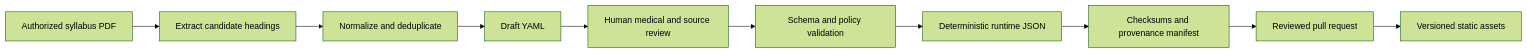
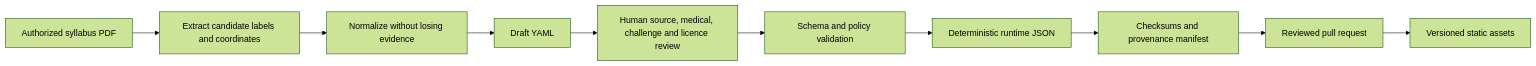
The third of 3 diagrams in docs/L2_CONTAINER_ARCHITECTURE.md (utkarsh-senpai/MediPrompt), drawn with Mermaid (forest theme) before and after one commit. The commit also changed other lines of this file and 9 other files, not shown here.

````diff
--- a/docs/L2_CONTAINER_ARCHITECTURE.md
+++ b/docs/L2_CONTAINER_ARCHITECTURE.md
@@ -133,12 +133,12 @@
 ```mermaid
 flowchart LR
-    PDF[Authorized syllabus PDF] --> Extract[Extract candidate headings]
-    Extract --> Normalize[Normalize and deduplicate]
+    PDF[Authorized syllabus PDF] --> Extract[Extract candidate labels and coordinates]
+    Extract --> Normalize[Normalize without losing evidence]
     Normalize --> Draft[Draft YAML]
-    Draft --> Review[Human medical and source review]
+    Draft --> Review[Human source, medical, challenge and licence review]
     Review --> Validate[Schema and policy validation]
     Validate --> Compile[Deterministic runtime JSON]
     Compile --> Manifest[Checksums and provenance manifest]
     Manifest --> PR[Reviewed pull request]
     PR --> Pages[Versioned static assets]
 ```
````
